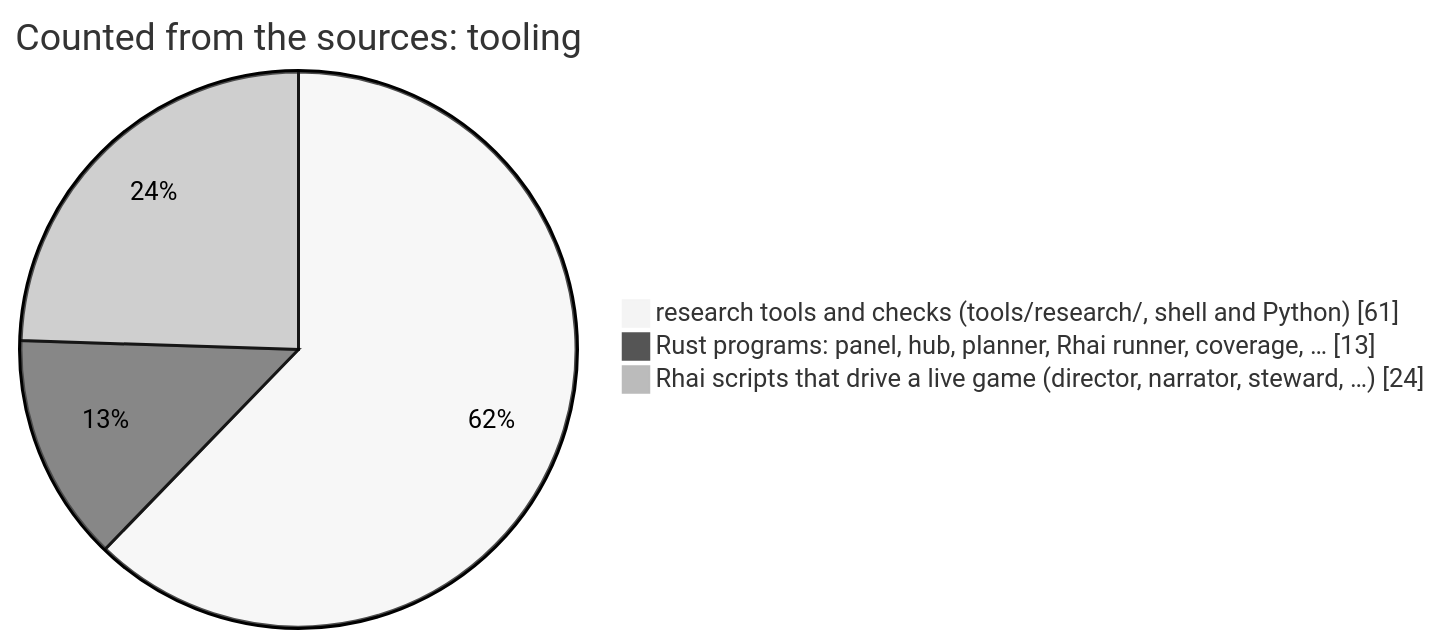
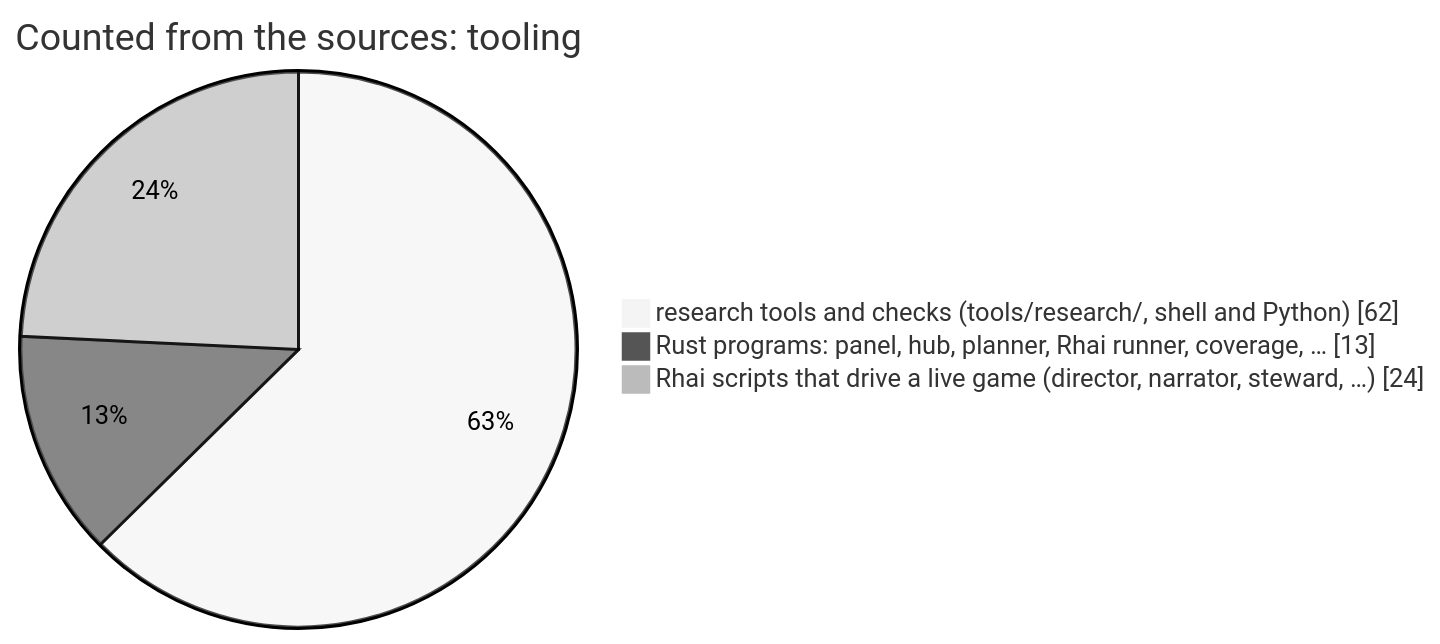
Before and after one commit to korczis/OpenTTD: the seventh of 12 diagrams in README.md, drawn with Mermaid (neutral theme). The commit also changed other lines of this file and 7 other files, not shown here.

````diff
--- a/README.md
+++ b/README.md
@@ -803,6 +803,6 @@
 ```mermaid
 pie showData title Counted from the sources: tooling
-    "research tools and checks (tools/research/, shell and Python)" : 61
+    "research tools and checks (tools/research/, shell and Python)" : 62
     "Rust programs: panel, hub, planner, Rhai runner, coverage, …" : 13
     "Rhai scripts that drive a live game (director, narrator, steward, …)" : 24
 ```
````
